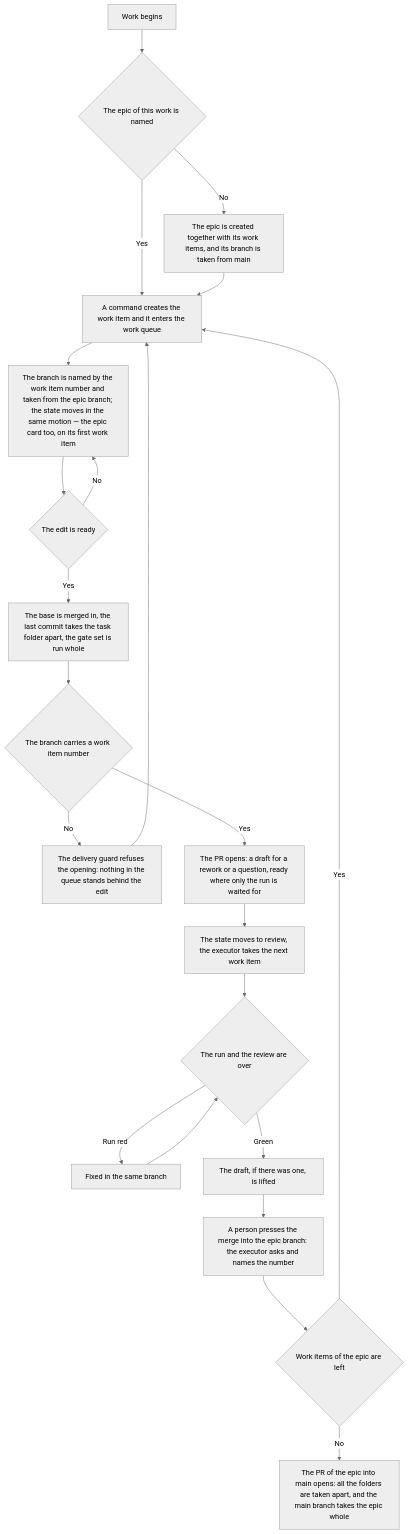
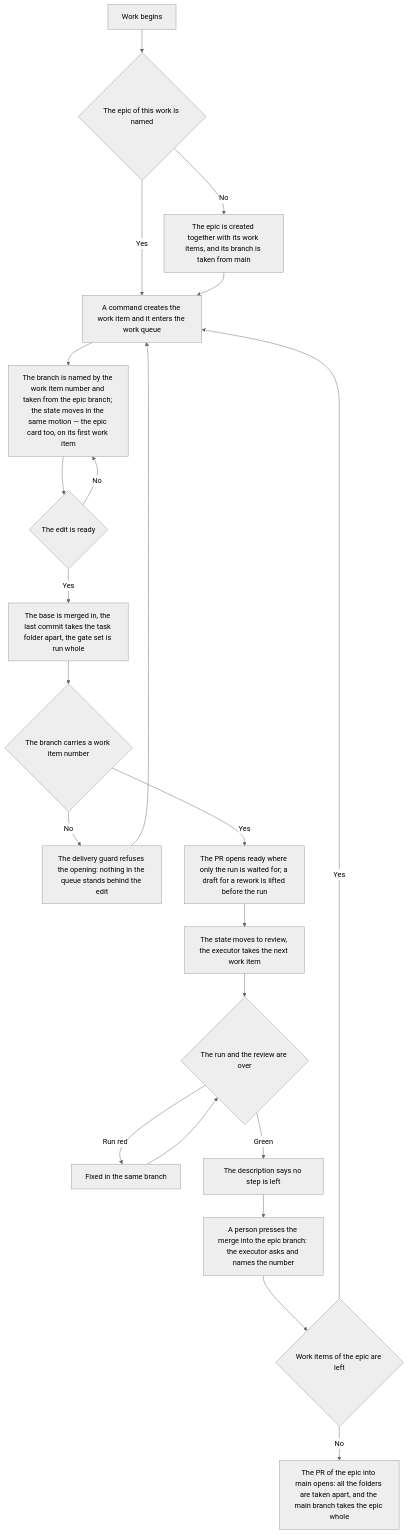
Before and after one commit to Eyhenij/rt-tools: the diagram in projects/agent-kit/assets/rules/git-workflow.azure.md, drawn with Mermaid (neutral theme). The commit also changed other lines of this file and 13 other files, not shown here.

````diff
--- a/projects/agent-kit/assets/rules/git-workflow.azure.md
+++ b/projects/agent-kit/assets/rules/git-workflow.azure.md
@@ -46,24 +46,24 @@
 ```mermaid
 flowchart TD
     A[Work begins] --> Z{The epic of this work is named}
     Z -->|No| Y[The epic is created together with its work items, and its branch is taken from main]
     Z -->|Yes| B[A command creates the work item and it enters the work queue]
     Y --> B
     B --> C[The branch is named by the work item number and taken from the epic branch; the state moves in the same motion — the epic card too, on its first work item]
     C --> D{The edit is ready}
     D -->|No| C
     D -->|Yes| E[The base is merged in, the last commit takes the task folder apart, the gate set is run whole]
     E --> F{The branch carries a work item number}
     F -->|No| G[The delivery guard refuses the opening: nothing in the queue stands behind the edit]
-    F -->|Yes| H[The PR opens: a draft for a rework or a question, ready where only the run is waited for]
+    F -->|Yes| H[The PR opens ready where only the run is waited for; a draft for a rework is lifted before the run]
     H --> I[The state moves to review, the executor takes the next work item]
     I --> J{The run and the review are over}
     J -->|Run red| K[Fixed in the same branch]
     K --> J
-    J -->|Green| L[The draft, if there was one, is lifted]
+    J -->|Green| L[The description says no step is left]
     L --> M[A person presses the merge into the epic branch: the executor asks and names the number]
     M --> N{Work items of the epic are left}
     N -->|Yes| B
     N -->|No| O[The PR of the epic into main opens: all the folders are taken apart, and the main branch takes the epic whole]
     G --> B
 ```
````
